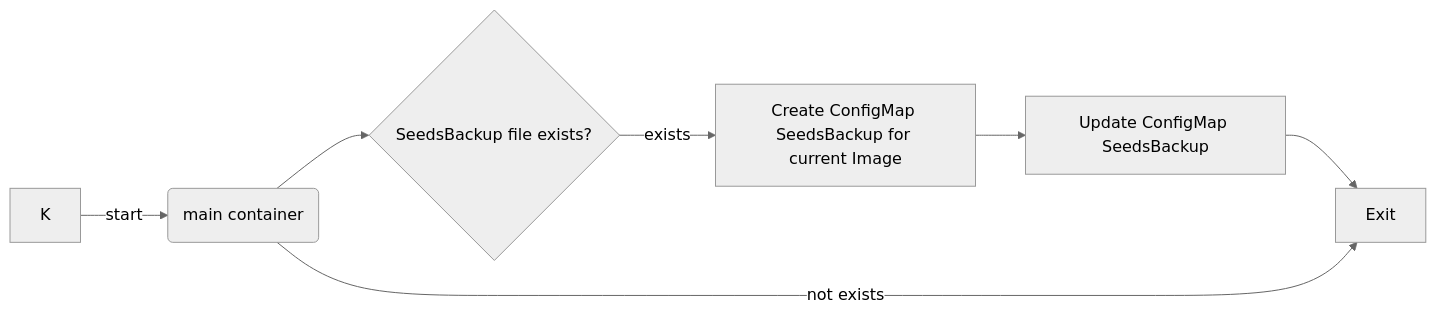
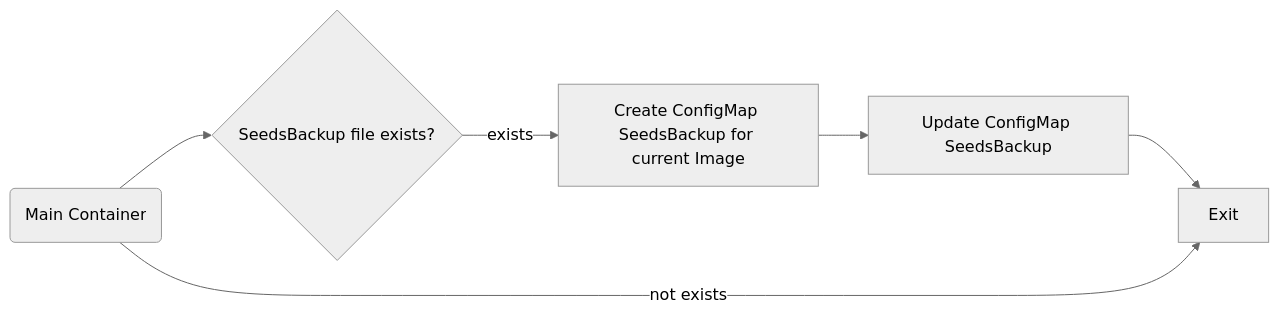
The fourth of 4 diagrams in charts/epi/README.md (PharmaLedger-IMI/helmchart-ethadapter), drawn with Mermaid (neutral theme) before and after one commit. The commit also changed other lines of this file and 1 other file, not shown here.

````diff
--- a/charts/epi/README.md
+++ b/charts/epi/README.md
@@ -82,9 +81,8 @@
 ```mermaid
 flowchart LR
-K -->|start| L(main container)
-L --> M{SeedsBackup file exists?}
+L(Main Container) --> M{SeedsBackup file exists?}
 M -->|exists| N[Create ConfigMap SeedsBackup for current Image]
 N --> O[Update ConfigMap SeedsBackup]
 O --> P
 L -->|not exists| P[Exit]
 ```
````
